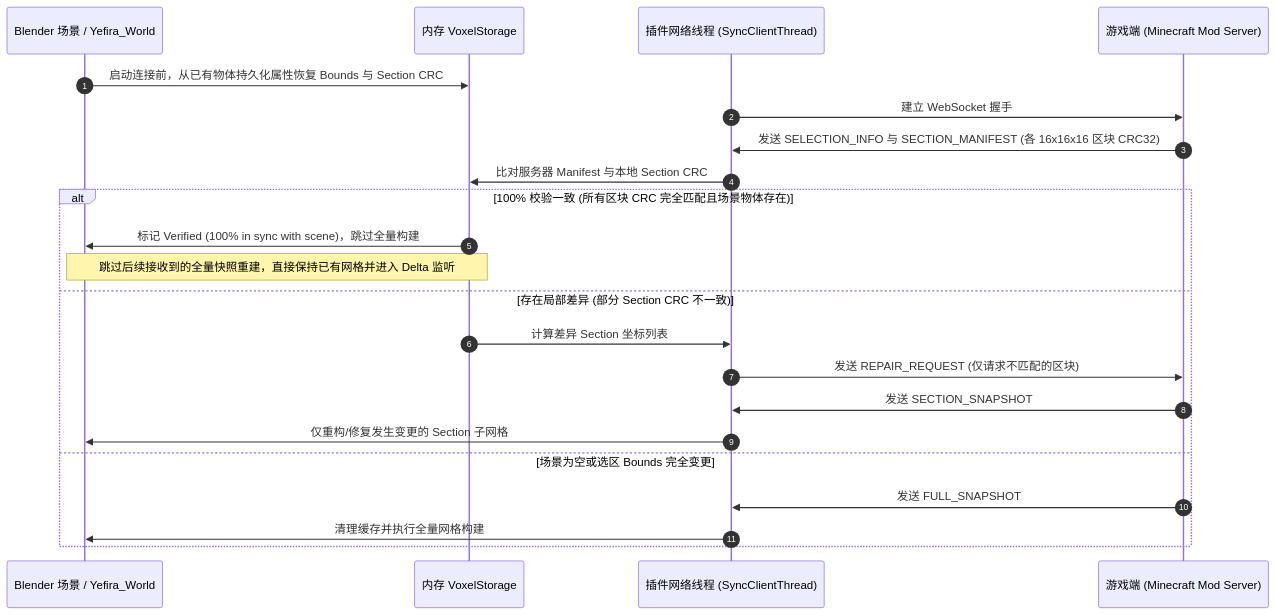
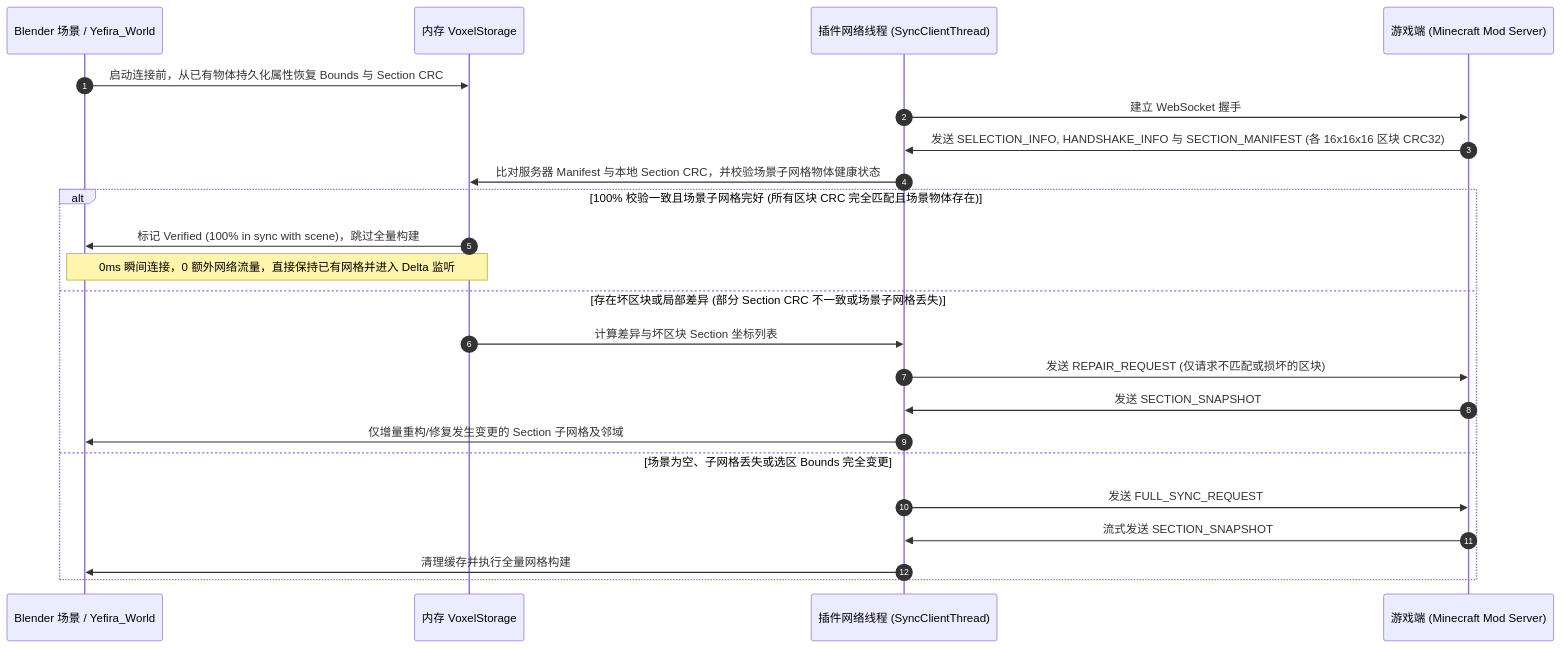
Before and after one commit to mozi1924/MoziToolKit: the first of 2 diagrams in docs/live_sync/live_sync_architecture.md, drawn with Mermaid. The commit also changed 8 other files, not shown here.

First line of the commit message:
perf(live-sync): optimize connection handshake, bad chunk validation, and network resiliency

````diff
--- a/docs/live_sync/live_sync_architecture.md
+++ b/docs/live_sync/live_sync_architecture.md
@@ -32,26 +32,27 @@
 ```mermaid
 sequenceDiagram
     autonumber
     participant Scene as Blender 场景 / Yefira_World
     participant Storage as 内存 VoxelStorage
     participant Client as 插件网络线程 (SyncClientThread)
     participant Server as 游戏端 (Minecraft Mod Server)
 
     Scene->>Storage: 启动连接前，从已有物体持久化属性恢复 Bounds 与 Section CRC
     Client->>Server: 建立 WebSocket 握手
-    Server->>Client: 发送 SELECTION_INFO 与 SECTION_MANIFEST (各 16x16x16 区块 CRC32)
-    Client->>Storage: 比对服务器 Manifest 与本地 Section CRC
+    Server->>Client: 发送 SELECTION_INFO, HANDSHAKE_INFO 与 SECTION_MANIFEST (各 16x16x16 区块 CRC32)
+    Client->>Storage: 比对服务器 Manifest 与本地 Section CRC，并校验场景子网格物体健康状态
     
-    alt 100% 校验一致 (所有区块 CRC 完全匹配且场景物体存在)
+    alt 100% 校验一致且场景子网格完好 (所有区块 CRC 完全匹配且场景物体存在)
         Storage->>Scene: 标记 Verified (100% in sync with scene)，跳过全量构建
-        Note over Scene,Storage: 跳过后续接收到的全量快照重建，直接保持已有网格并进入 Delta 监听
-    else 存在局部差异 (部分 Section CRC 不一致)
-        Storage->>Client: 计算差异 Section 坐标列表
-        Client->>Server: 发送 REPAIR_REQUEST (仅请求不匹配的区块)
+        Note over Scene,Storage: 0ms 瞬间连接，0 额外网络流量，直接保持已有网格并进入 Delta 监听
+    else 存在坏区块或局部差异 (部分 Section CRC 不一致或场景子网格丢失)
+        Storage->>Client: 计算差异与坏区块 Section 坐标列表
+        Client->>Server: 发送 REPAIR_REQUEST (仅请求不匹配或损坏的区块)
         Server->>Client: 发送 SECTION_SNAPSHOT
-        Client->>Scene: 仅重构/修复发生变更的 Section 子网格
-    else 场景为空或选区 Bounds 完全变更
-        Server->>Client: 发送 FULL_SNAPSHOT
+        Client->>Scene: 仅增量重构/修复发生变更的 Section 子网格及邻域
+    else 场景为空、子网格丢失或选区 Bounds 完全变更
+        Client->>Server: 发送 FULL_SYNC_REQUEST
+        Server->>Client: 流式发送 SECTION_SNAPSHOT
         Client->>Scene: 清理缓存并执行全量网格构建
     end
 ```
````
